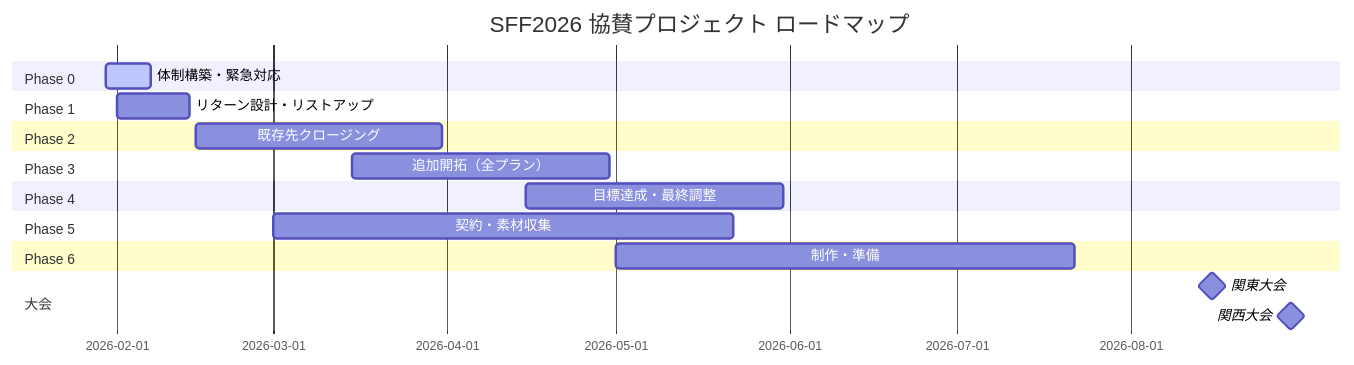
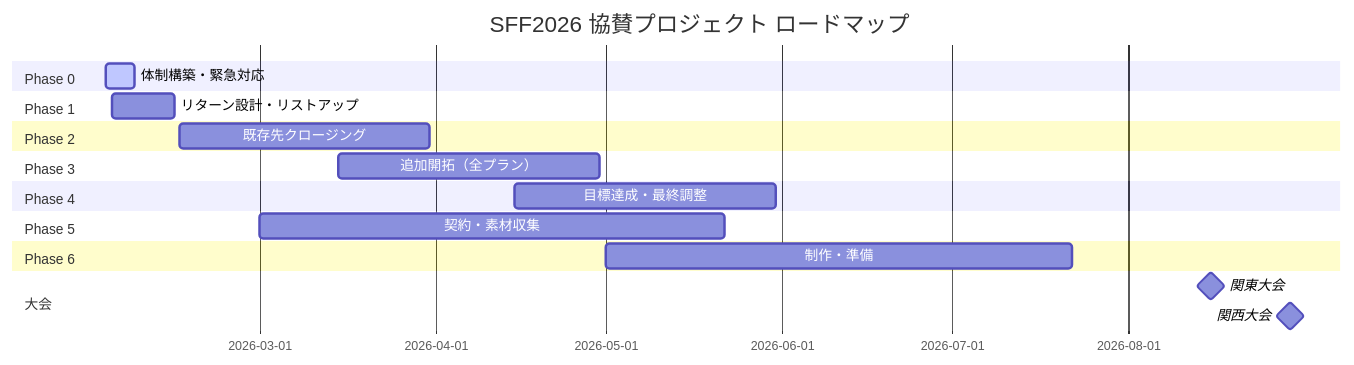
One commit to HarumasaSuzuki-dm/WorkSpaces changed the first of 5 diagrams in 07.Shape/Shape_program_v2/17.協賛企業アプローチプラン/協賛プロジェクト_キックオフMTG_アジェンダ.md. Above: the diagram before and after it, drawn with Mermaid. The commit also changed other lines of this file and 3 other files, not shown here.

````diff
--- a/07.Shape/Shape_program_v2/17.協賛企業アプローチプラン/協賛プロジェクト_キックオフMTG_アジェンダ.md
+++ b/07.Shape/Shape_program_v2/17.協賛企業アプローチプラン/協賛プロジェクト_キックオフMTG_アジェンダ.md
@@ -5,31 +9,30 @@
 ```mermaid
 gantt
     title SFF2026 協賛プロジェクト ロードマップ
     dateFormat  YYYY-MM-DD
 
     section Phase 0
-    体制構築・緊急対応           :active, p0, 2026-01-30, 2026-02-07
+    体制構築・緊急対応           :active, p0, 2026-02-02, 2026-02-07
 
     section Phase 1
-    リターン設計・リストアップ    :p1, 2026-02-01, 2026-02-14
+    リターン設計・リストアップ    :p1, 2026-02-03, 2026-02-14
 
     section Phase 2
     既存先クロージング           :p2, 2026-02-15, 2026-03-31
 
     section Phase 3
     追加開拓（全プラン）         :p3, 2026-03-15, 2026-04-30
 
     section Phase 4
     目標達成・最終調整           :p4, 2026-04-15, 2026-05-31
 
     section Phase 5
     契約・素材収集               :p5, 2026-03-01, 2026-05-22
 
     section Phase 6
     制作・準備                   :p6, 2026-05-01, 2026-07-22
 
     section 大会
     関東大会                     :milestone, m1, 2026-08-15, 1d
     関西大会                     :milestone, m2, 2026-08-29, 1d
-
 ```
````
